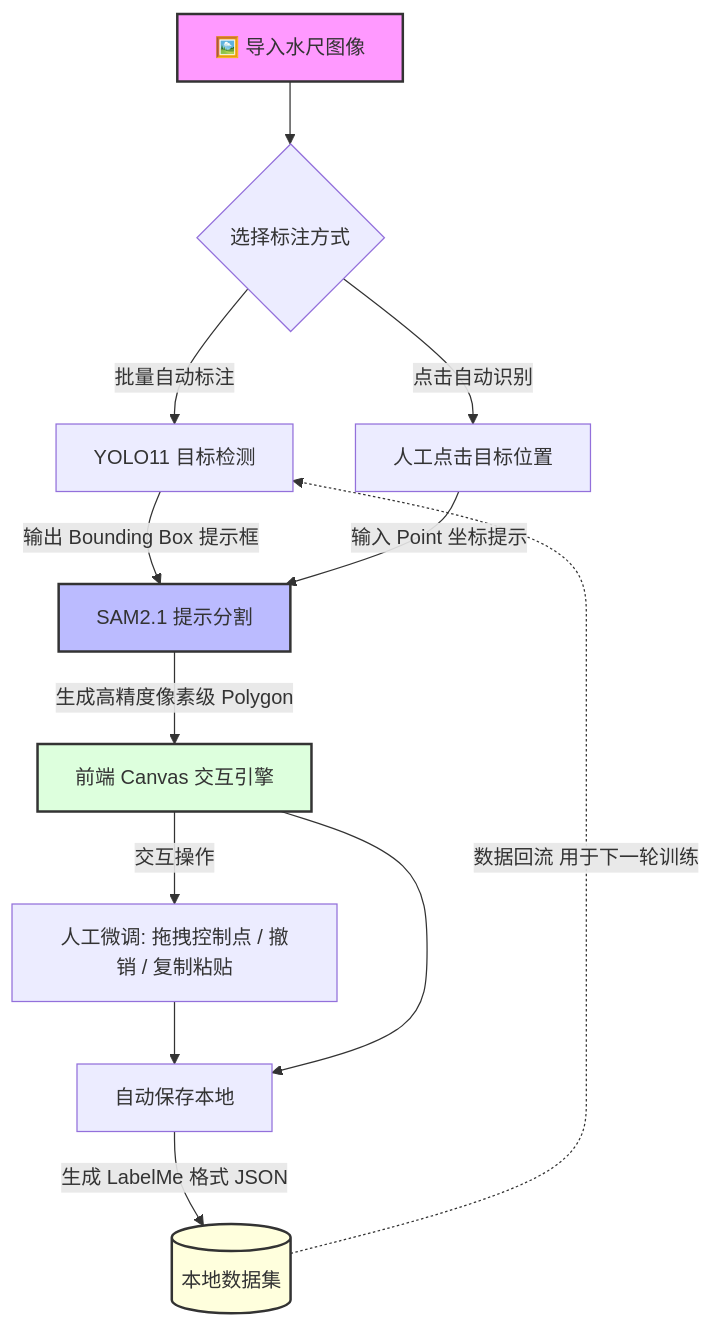
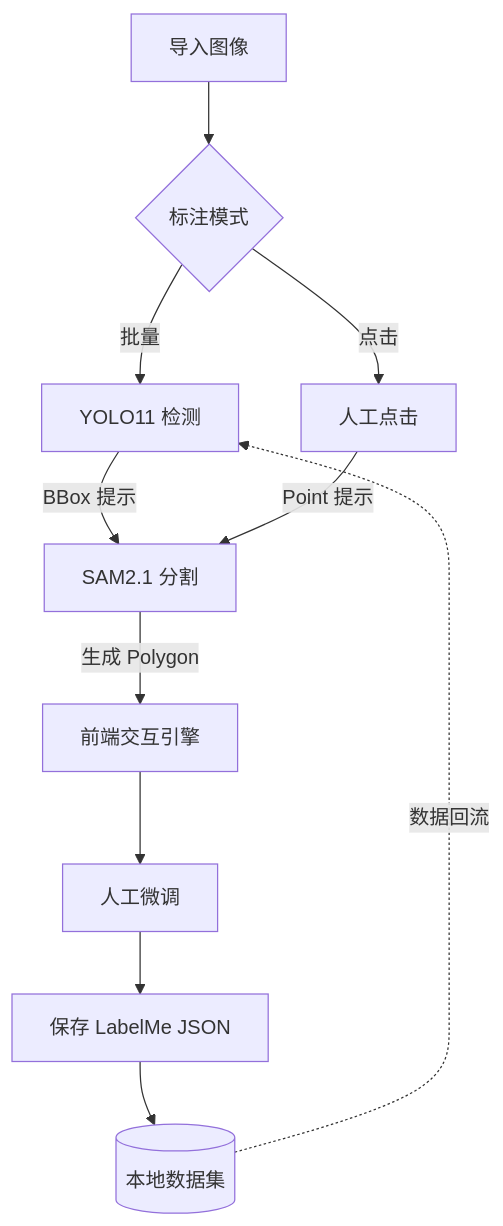
One commit to Kan9C00L/water-gauge-annotator changed the first of 2 diagrams in README.md. Above: the diagram before and after it, drawn with Mermaid. The commit also changed other lines of this file, not shown here.

````diff
--- a/README.md
+++ b/README.md
@@ -7,25 +7,13 @@
 ```mermaid
 graph TD
-    A[🖼️ 导入水尺图像] --> B{选择标注方式}
-    
-    B -->|批量自动标注| C[YOLO11 目标检测]
-    B -->|点击自动识别| D[人工点击目标位置]
-    
-    C -->|输出 Bounding Box 提示框| E[SAM2.1 提示分割]
-    D -->|输入 Point 坐标提示| E
-    
-    E -->|生成高精度像素级 Polygon| F[前端 Canvas 交互引擎]
-    
-    F -->|交互操作| G[人工微调: 拖拽控制点 / 撤销 / 复制粘贴]
-    G --> H[自动保存本地]
-    
-    F --> H
-    
-    H -->|生成 LabelMe 格式 JSON| I[(本地数据集)]
-    I -.->|数据回流 用于下一轮训练| C
-    
-    style A fill:#f9f,stroke:#333,stroke-width:2px
-    style E fill:#bbf,stroke:#333,stroke-width:2px
-    style F fill:#dfd,stroke:#333,stroke-width:2px
-    style I fill:#ffd,stroke:#333,stroke-width:2px
+    A[导入图像] --> B{标注模式}
+    B -->|批量| C[YOLO11 检测]
+    B -->|点击| D[人工点击]
+    C -->|BBox 提示| E[SAM2.1 分割]
+    D -->|Point 提示| E
+    E -->|生成 Polygon| F[前端交互引擎]
+    F --> G[人工微调]
+    G --> H[保存 LabelMe JSON]
+    H --> I[(本地数据集)]
+    I -. 数据回流 .-> C
 ```
````
